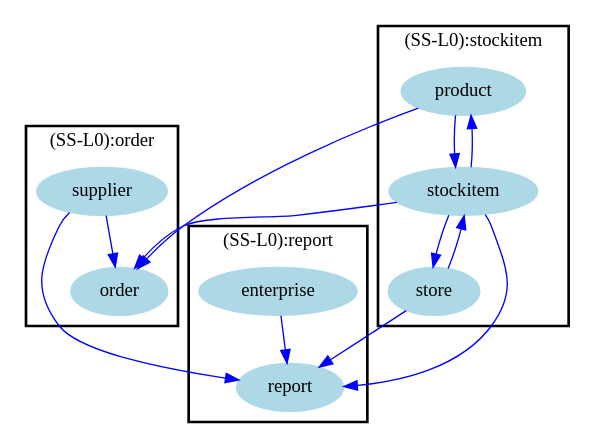
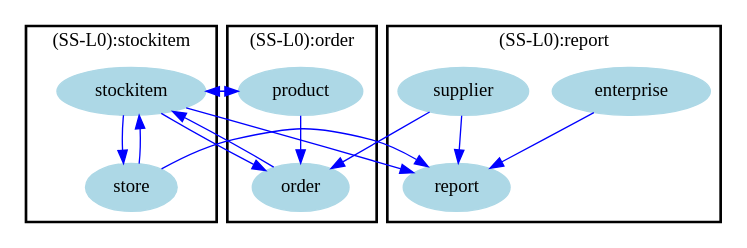
Before and after one commit to Benkler/BA: the diagram in Graph/DatenGraphWith1.txt.dot, drawn with Graphviz. The commit also changed 8 other files, not shown here.

Commit message:
Bunch diagrams added

```diff
--- a/Graph/DatenGraphWith1.txt.dot
+++ b/Graph/DatenGraphWith1.txt.dot
@@ -1,45 +1,46 @@
 /* ------------------------------------------------------------ */
 /* created with bunch v3 */
 /* Objective Function value = 1.0*/
 /* ------------------------------------------------------------ */
 
 digraph G {
 size= "10,10";
 rotate = 0;
 subgraph cluster0 {
 label = "(SS-L0):order";
 color = black;
 style = bold;
 
-"supplier"[label="supplier",shape=ellipse,color=lightblue,fontcolor=black,style=filled];
+"product"[label="product",shape=ellipse,color=lightblue,fontcolor=black,style=filled];
 "order"[label="order",shape=ellipse,color=lightblue,fontcolor=black,style=filled];
 }
 subgraph cluster1 {
 label = "(SS-L0):report";
 color = black;
 style = bold;
 
 "enterprise"[label="enterprise",shape=ellipse,color=lightblue,fontcolor=black,style=filled];
+"supplier"[label="supplier",shape=ellipse,color=lightblue,fontcolor=black,style=filled];
 "report"[label="report",shape=ellipse,color=lightblue,fontcolor=black,style=filled];
 }
 subgraph cluster2 {
 label = "(SS-L0):stockitem";
 color = black;
 style = bold;
 
-"product"[label="product",shape=ellipse,color=lightblue,fontcolor=black,style=filled];
 "stockitem"[label="stockitem",shape=ellipse,color=lightblue,fontcolor=black,style=filled];
 "store"[label="store",shape=ellipse,color=lightblue,fontcolor=black,style=filled];
 }
+"order" -> "stockitem" [color=blue,font=6];
 "store" -> "report" [color=blue,font=6];
 "store" -> "stockitem" [color=blue,font=6];
 "stockitem" -> "order" [color=blue,font=6];
 "stockitem" -> "report" [color=blue,font=6];
 "stockitem" -> "store" [color=blue,font=6];
 "stockitem" -> "product" [color=blue,font=6];
 "supplier" -> "order" [color=blue,font=6];
 "supplier" -> "report" [color=blue,font=6];
 "product" -> "order" [color=blue,font=6];
 "product" -> "stockitem" [color=blue,font=6];
 "enterprise" -> "report" [color=blue,font=6];
 }
```
